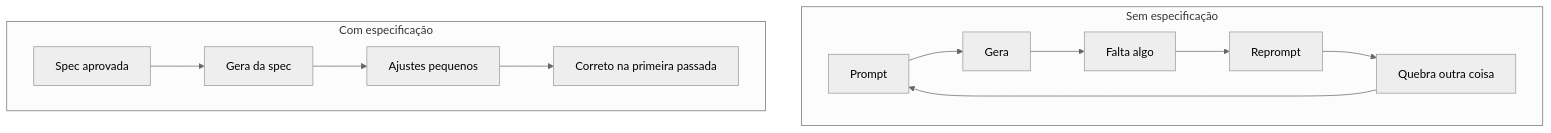
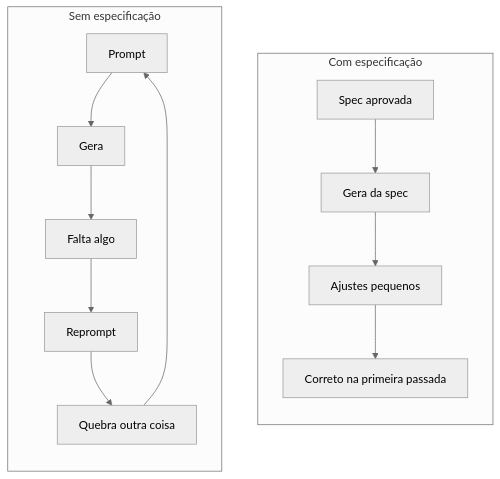
Before and after one commit to felipefontoura/spec-driven-development-book: the first of 15 diagrams in BOOK.pt-BR.md, drawn with Mermaid (neutral theme). The commit also changed other lines of this file and 1 other file, not shown here.

````diff
--- a/BOOK.pt-BR.md
+++ b/BOOK.pt-BR.md
@@ -88,20 +88,22 @@
 ```mermaid
 flowchart TB
+    subgraph COM["Com especificação"]
+        direction TB
+        S1[Spec aprovada] --> G2[Gera da spec]
+        G2 --> A1[Ajustes pequenos]
+        A1 --> OK[Correto na primeira passada]
+    end
+
     subgraph SEM["Sem especificação"]
+        direction TB
         P1[Prompt] --> G1[Gera]
         G1 --> F1[Falta algo]
         F1 --> P2[Reprompt]
         P2 --> Q1[Quebra outra coisa]
         Q1 --> P1
     end
 
-    subgraph COM["Com especificação"]
-        S1[Spec aprovada] --> G2[Gera da spec]
-        G2 --> A1[Ajustes pequenos]
-        A1 --> OK[Correto na primeira passada]
-    end
-
     class P1,G1,F1,P2,Q1 muted;
     class S1,OK accent;
     class G2,A1 neutral;
 ```
````
